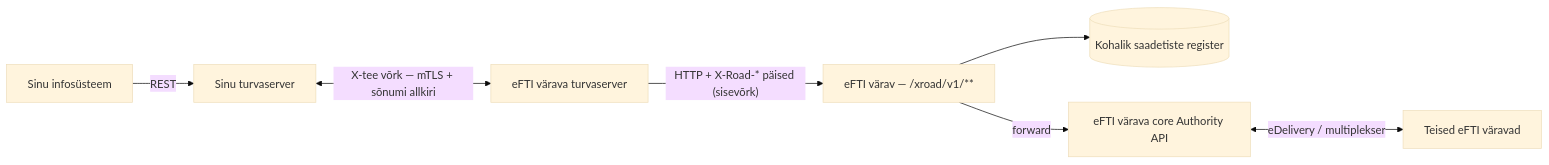
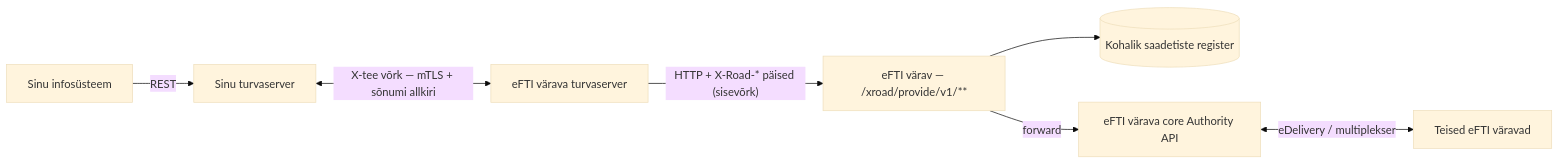
The first of 2 diagrams in docs/developer/x_road_authority_integration_guide.md (kemit-ee/efti-gate-ee), drawn with Mermaid (base theme) before and after one commit. The commit also changed other lines of this file and 51 other files, not shown here.

First line of the commit message:
refactor(xroad): serve the provider routes under /xroad/provide/v1 so the gate matches the developer mock

````diff
--- a/docs/developer/x_road_authority_integration_guide.md
+++ b/docs/developer/x_road_authority_integration_guide.md
@@ -13,9 +13,9 @@
 ```mermaid
 flowchart LR
   IS["Sinu infosüsteem"] -->|REST| SS1["Sinu turvaserver"]
   SS1 <-->|"X-tee võrk — mTLS + sõnumi allkiri"| SS2["eFTI värava turvaserver"]
-  SS2 -->|"HTTP + X-Road-* päised (sisevõrk)"| GW["eFTI värav — /xroad/v1/**"]
+  SS2 -->|"HTTP + X-Road-* päised (sisevõrk)"| GW["eFTI värav — /xroad/provide/v1/**"]
   GW --> DB[("Kohalik saadetiste register")]
   GW -->|"forward"| CORE["eFTI värava core Authority API"]
   CORE <-->|"eDelivery / multiplekser"| PEERS["Teised eFTI väravad"]
 ```
````
